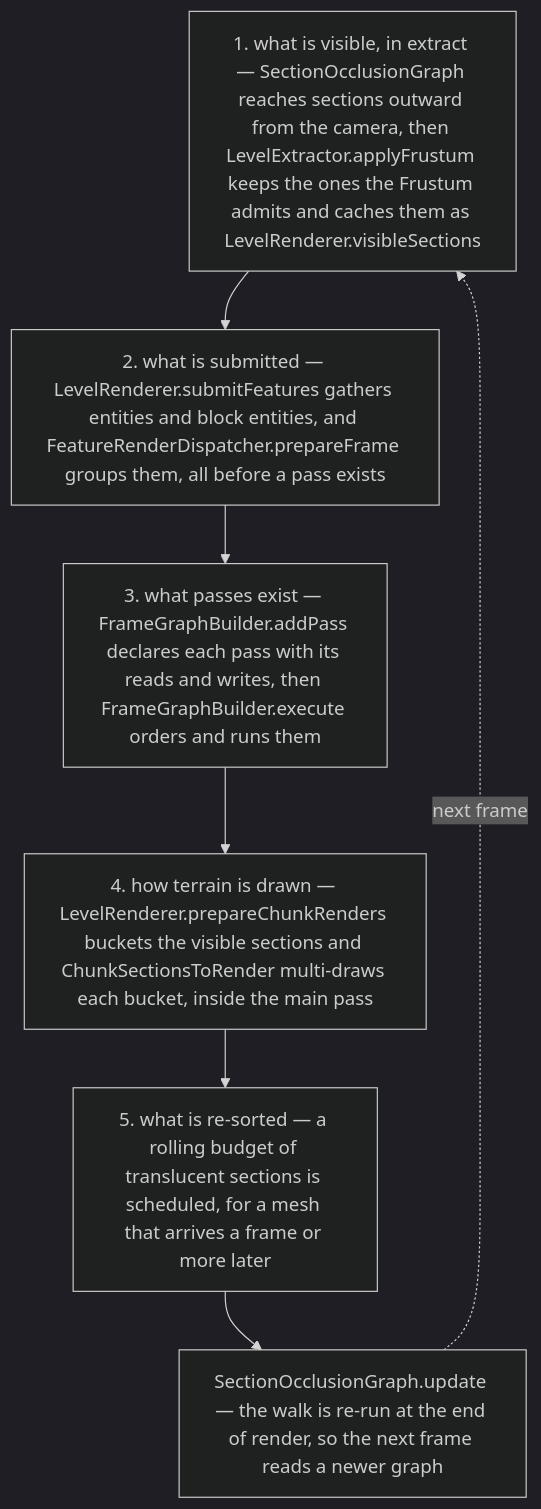
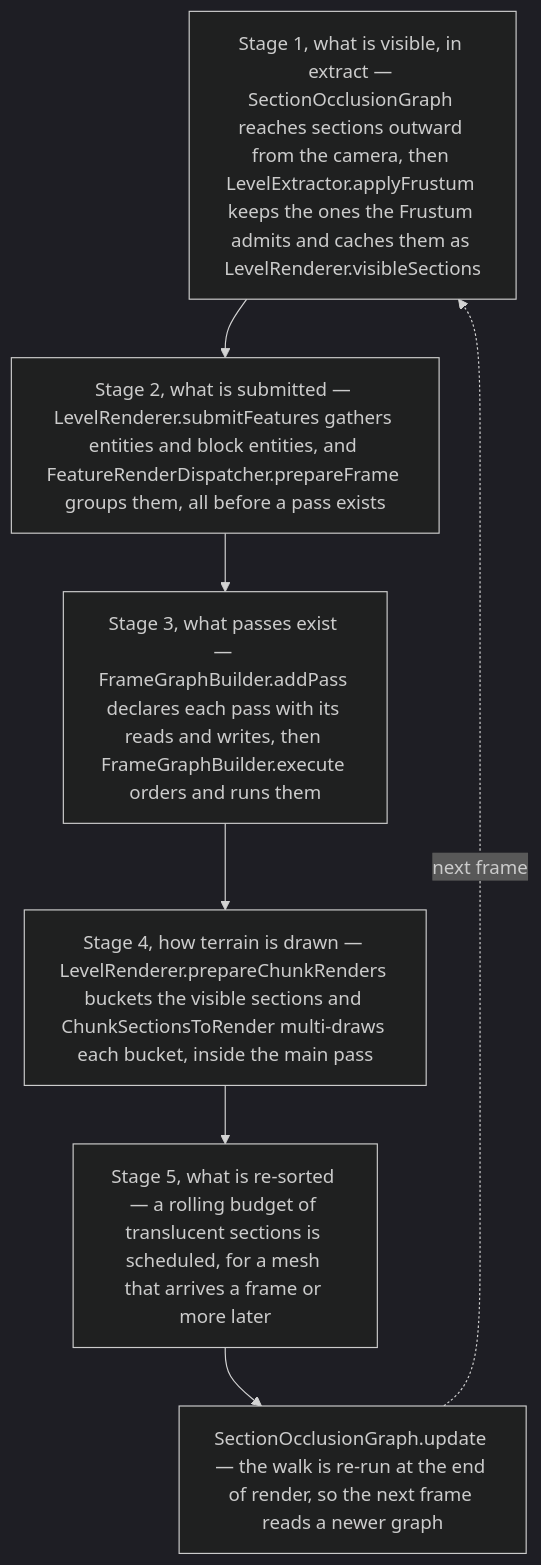
Before and after one commit to AlexanderjFraser/MinecraftDocs: the first of 2 diagrams in src/systems/rendering/visibility-and-the-frame-graph.md, drawn with Mermaid (dark theme). The commit also changed 23 other files, not shown here.

````diff
--- a/src/systems/rendering/visibility-and-the-frame-graph.md
+++ b/src/systems/rendering/visibility-and-the-frame-graph.md
@@ -49,11 +49,11 @@
 ```mermaid
 flowchart TD
-    S1["1. what is visible, in extract — SectionOcclusionGraph reaches sections outward from the camera, then LevelExtractor.applyFrustum keeps the ones the Frustum admits and caches them as LevelRenderer.visibleSections"]
-    S2["2. what is submitted — LevelRenderer.submitFeatures gathers entities and block entities, and FeatureRenderDispatcher.prepareFrame groups them, all before a pass exists"]
-    S3["3. what passes exist — FrameGraphBuilder.addPass declares each pass with its reads and writes, then FrameGraphBuilder.execute orders and runs them"]
-    S4["4. how terrain is drawn — LevelRenderer.prepareChunkRenders buckets the visible sections and ChunkSectionsToRender multi-draws each bucket, inside the main pass"]
-    S5["5. what is re-sorted — a rolling budget of translucent sections is scheduled, for a mesh that arrives a frame or more later"]
+    S1["Stage 1, what is visible, in extract — SectionOcclusionGraph reaches sections outward from the camera, then LevelExtractor.applyFrustum keeps the ones the Frustum admits and caches them as LevelRenderer.visibleSections"]
+    S2["Stage 2, what is submitted — LevelRenderer.submitFeatures gathers entities and block entities, and FeatureRenderDispatcher.prepareFrame groups them, all before a pass exists"]
+    S3["Stage 3, what passes exist — FrameGraphBuilder.addPass declares each pass with its reads and writes, then FrameGraphBuilder.execute orders and runs them"]
+    S4["Stage 4, how terrain is drawn — LevelRenderer.prepareChunkRenders buckets the visible sections and ChunkSectionsToRender multi-draws each bucket, inside the main pass"]
+    S5["Stage 5, what is re-sorted — a rolling budget of translucent sections is scheduled, for a mesh that arrives a frame or more later"]
     S6["SectionOcclusionGraph.update — the walk is re-run at the end of render, so the next frame reads a newer graph"]
     S1 --> S2 --> S3 --> S4 --> S5 --> S6
     S6 -. "next frame" .-> S1
 ```
````
